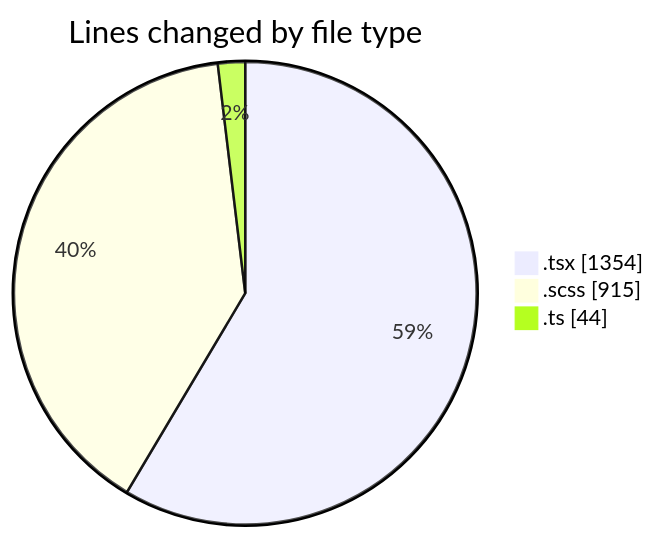
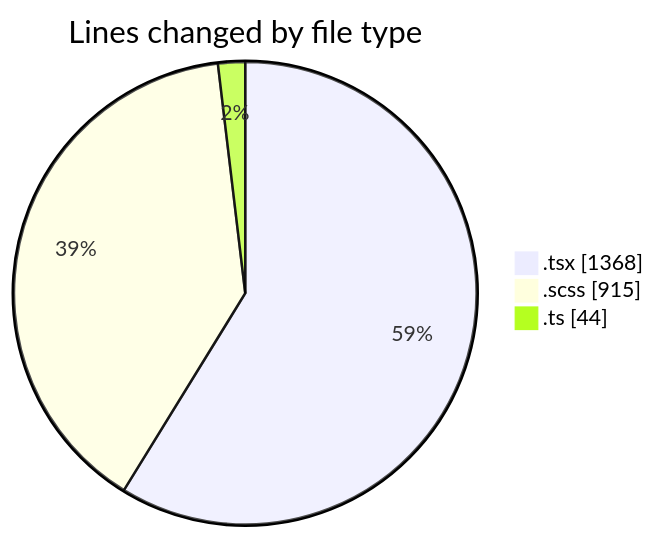
Before and after one commit to momahboobian/code-tracking: the first of 2 diagrams in 2025-03-27/cda/README.md, drawn with Mermaid. The commit also changed other lines of this file and 1 other file, not shown here.

````diff
--- a/2025-03-27/cda/README.md
+++ b/2025-03-27/cda/README.md
@@ -29,7 +29,7 @@
 ```mermaid
 pie showData
 title Lines changed by file type
-".tsx" : 1354
+".tsx" : 1368
 ".scss" : 915
 ".ts" : 44
 ```
````
